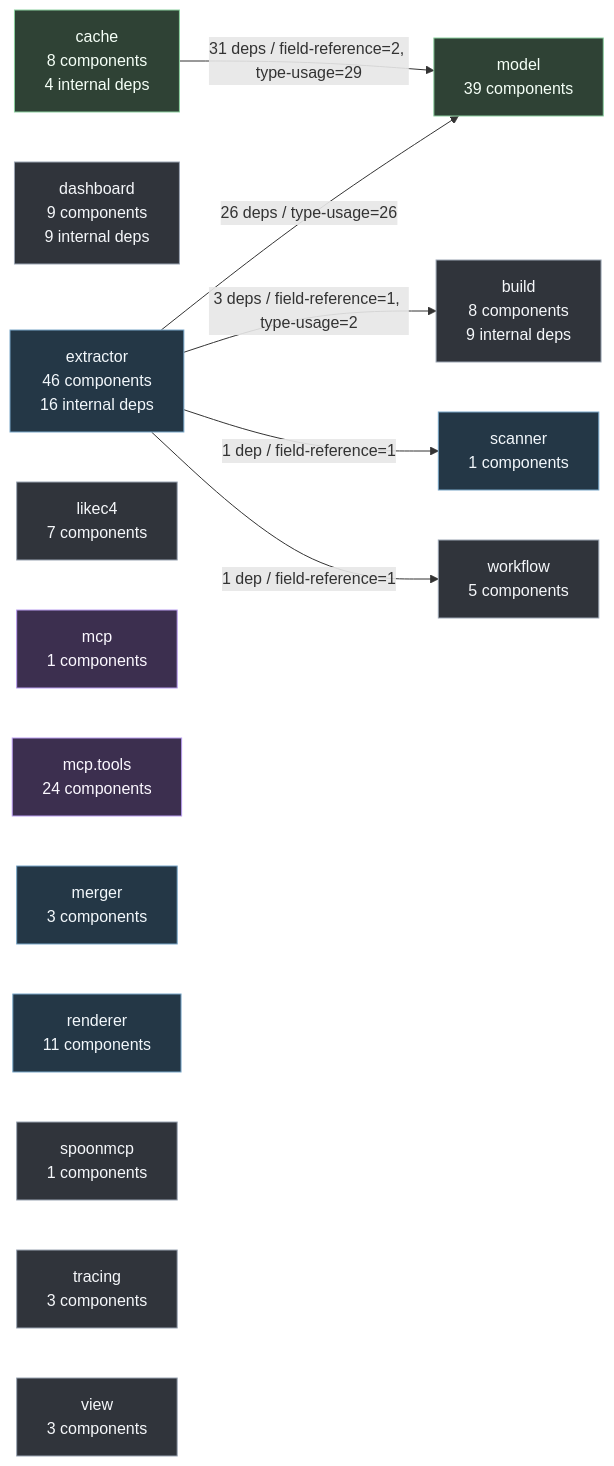
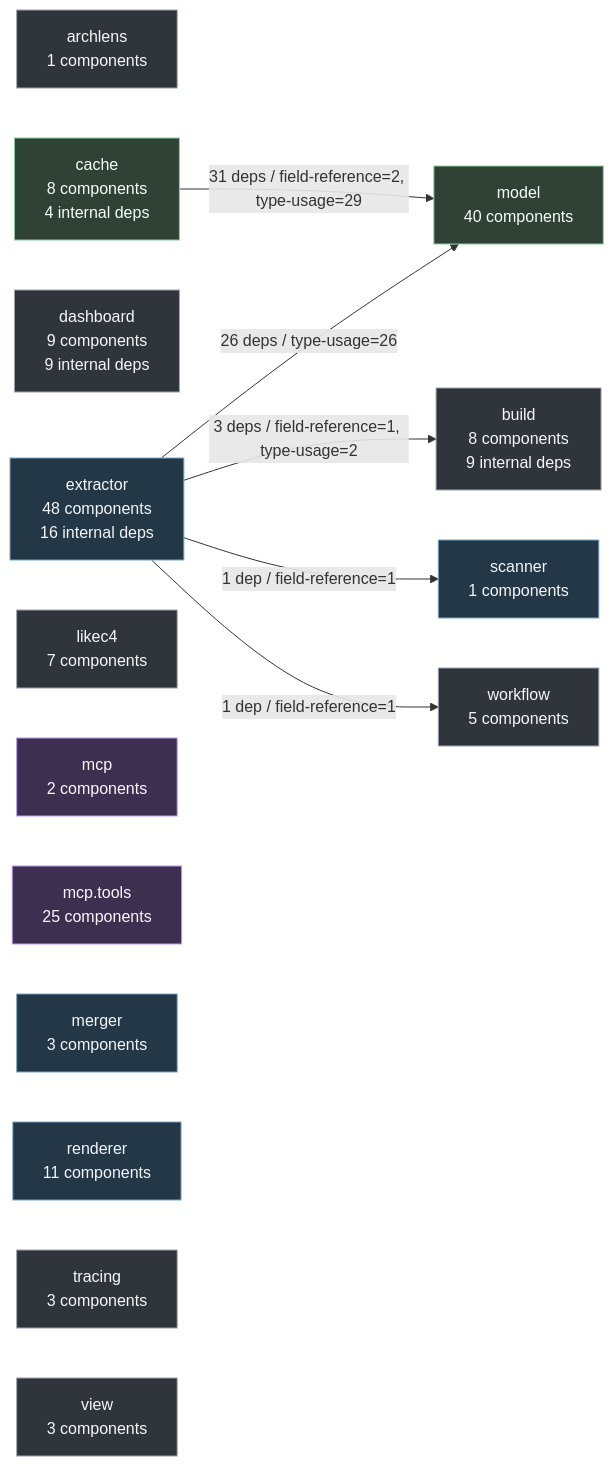
Before and after one commit to DerPate/archlens: the fifth of 5 diagrams in docs/ARCHITECTURE.md, drawn with Mermaid. The commit also changed other lines of this file and 54 other files, not shown here.

````diff
--- a/docs/ARCHITECTURE.md
+++ b/docs/ARCHITECTURE.md
@@ -834,42 +849,42 @@
 ```mermaid
 flowchart LR
+    dep_archlens["archlens\n1 components"]
     dep_build["build\n8 components\n9 internal deps"]
     dep_cache["cache\n8 components\n4 internal deps"]
     dep_dashboard["dashboard\n9 components\n9 internal deps"]
-    dep_extractor["extractor\n46 components\n16 internal deps"]
+    dep_extractor["extractor\n48 components\n16 internal deps"]
     dep_likec4["likec4\n7 components"]
-    dep_mcp["mcp\n1 components"]
-    dep_mcp_tools["mcp.tools\n24 components"]
+    dep_mcp["mcp\n2 components"]
+    dep_mcp_tools["mcp.tools\n25 components"]
     dep_merger["merger\n3 components"]
-    dep_model["model\n39 components"]
+    dep_model["model\n40 components"]
     dep_renderer["renderer\n11 components"]
     dep_scanner["scanner\n1 components"]
-    dep_spoonmcp["spoonmcp\n1 components"]
     dep_tracing["tracing\n3 components"]
     dep_view["view\n3 components"]
     dep_workflow["workflow\n5 components"]
     dep_cache -->|31 deps / field-reference=2, type-usage=29| dep_model
     dep_extractor -->|3 deps / field-reference=1, type-usage=2| dep_build
     dep_extractor -->|26 deps / type-usage=26| dep_model
     dep_extractor -->|1 dep / field-reference=1| dep_scanner
     dep_extractor -->|1 dep / field-reference=1| dep_workflow
     classDef core fill:#243746,stroke:#78a6c8,color:#f2f7fb
     classDef boundary fill:#3c2f4f,stroke:#b99df0,color:#fbf8ff
     classDef data fill:#2f4235,stroke:#8bcf9f,color:#f5fff7
     classDef default fill:#30343b,stroke:#9aa4b2,color:#f5f7fa
+    class dep_archlens default
     class dep_build default
     class dep_cache data
     class dep_dashboard default
     class dep_extractor core
     class dep_likec4 default
     class dep_mcp boundary
     class dep_mcp_tools boundary
     class dep_merger core
     class dep_model data
     class dep_renderer core
     class dep_scanner core
-    class dep_spoonmcp default
     class dep_tracing default
     class dep_view default
     class dep_workflow default
 ```
````
